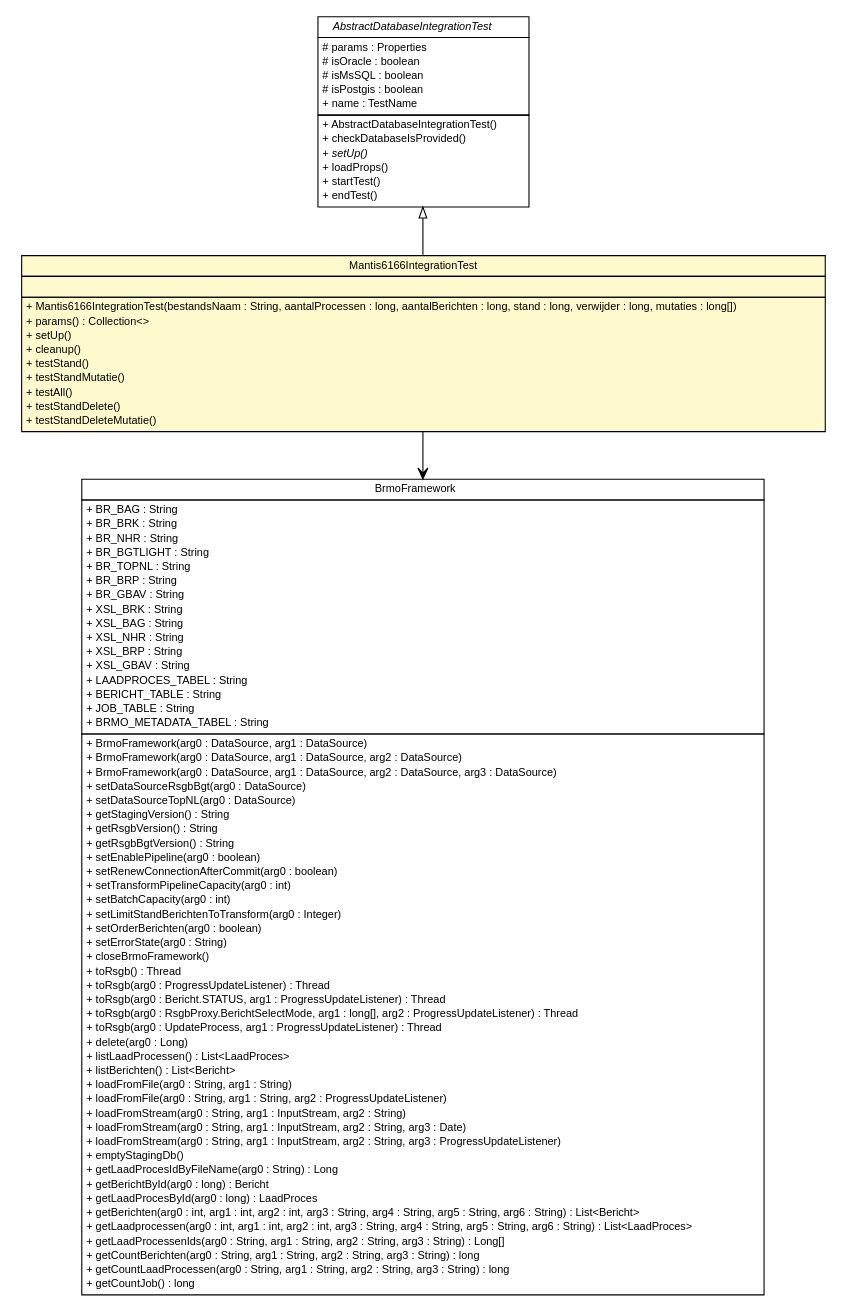
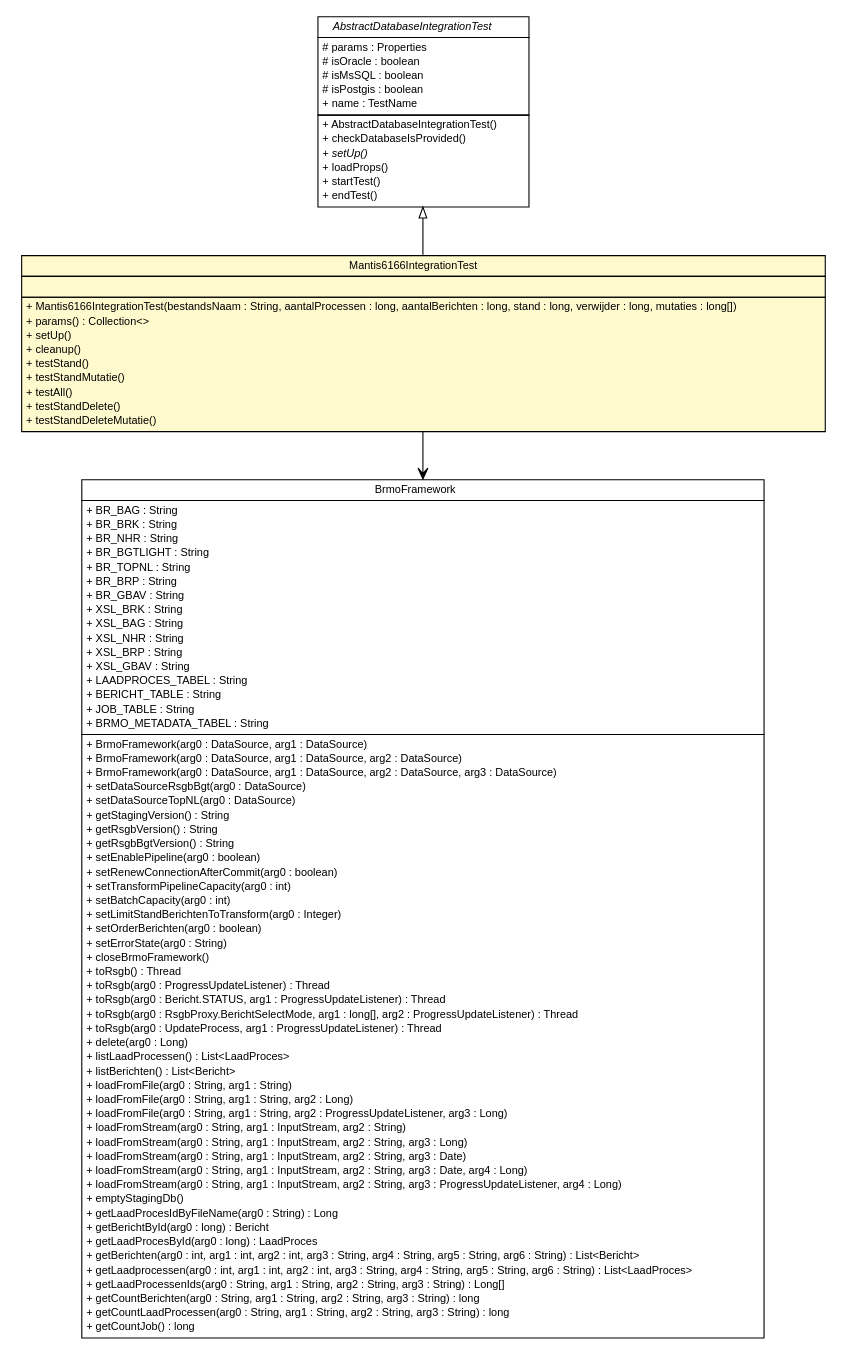
The diagram in brmo-loader/testapidocs/nl/b3p/Mantis6166IntegrationTest.dot (B3Partners/brmo), drawn with Graphviz before and after one commit. The commit also changed 4551 other files, not shown here.

```diff
--- a/brmo-loader/testapidocs/nl/b3p/Mantis6166IntegrationTest.dot
+++ b/brmo-loader/testapidocs/nl/b3p/Mantis6166IntegrationTest.dot
@@ -1,122 +1,125 @@
 #!/usr/local/bin/dot
 #
 # Class diagram 
 # Generated by UMLGraph version R5_6-24-gf6e263 (http://www.umlgraph.org/)
 #
 
 digraph G {
 	edge [fontname="Helvetica",fontsize=10,labelfontname="Helvetica",labelfontsize=10];
 	node [fontname="Helvetica",fontsize=10,shape=plaintext];
 	nodesep=0.25;
 	ranksep=0.5;
 	// nl.b3p.Mantis6166IntegrationTest
-	c774 [label=<<table title="nl.b3p.Mantis6166IntegrationTest" border="0" cellborder="1" cellspacing="0" cellpadding="2" port="p" bgcolor="lemonChiffon" href="./Mantis6166IntegrationTest.html">
+	c830 [label=<<table title="nl.b3p.Mantis6166IntegrationTest" border="0" cellborder="1" cellspacing="0" cellpadding="2" port="p" bgcolor="lemonChiffon" href="./Mantis6166IntegrationTest.html">
 		<tr><td><table border="0" cellspacing="0" cellpadding="1">
 <tr><td align="center" balign="center"> Mantis6166IntegrationTest </td></tr>
 		</table></td></tr>
 		<tr><td><table border="0" cellspacing="0" cellpadding="1">
 <tr><td align="left" balign="left">  </td></tr>
 		</table></td></tr>
 		<tr><td><table border="0" cellspacing="0" cellpadding="1">
 <tr><td align="left" balign="left"> + Mantis6166IntegrationTest(bestandsNaam : String, aantalProcessen : long, aantalBerichten : long, stand : long, verwijder : long, mutaties : long[]) </td></tr>
 <tr><td align="left" balign="left"> + params() : Collection&lt;&gt; </td></tr>
 <tr><td align="left" balign="left"> + setUp() </td></tr>
 <tr><td align="left" balign="left"> + cleanup() </td></tr>
 <tr><td align="left" balign="left"> + testStand() </td></tr>
 <tr><td align="left" balign="left"> + testStandMutatie() </td></tr>
 <tr><td align="left" balign="left"> + testAll() </td></tr>
 <tr><td align="left" balign="left"> + testStandDelete() </td></tr>
 <tr><td align="left" balign="left"> + testStandDeleteMutatie() </td></tr>
 		</table></td></tr>
 		</table>>, URL="./Mantis6166IntegrationTest.html", fontname="Helvetica", fontcolor="black", fontsize=10.0];
 	// nl.b3p.AbstractDatabaseIntegrationTest
-	c776 [label=<<table title="nl.b3p.AbstractDatabaseIntegrationTest" border="0" cellborder="1" cellspacing="0" cellpadding="2" port="p" href="./AbstractDatabaseIntegrationTest.html">
+	c832 [label=<<table title="nl.b3p.AbstractDatabaseIntegrationTest" border="0" cellborder="1" cellspacing="0" cellpadding="2" port="p" href="./AbstractDatabaseIntegrationTest.html">
 		<tr><td><table border="0" cellspacing="0" cellpadding="1">
 <tr><td align="center" balign="center"><font face="Helvetica-Oblique"> AbstractDatabaseIntegrationTest </font></td></tr>
 		</table></td></tr>
 		<tr><td><table border="0" cellspacing="0" cellpadding="1">
 <tr><td align="left" balign="left"> # params : Properties </td></tr>
 <tr><td align="left" balign="left"> # isOracle : boolean </td></tr>
 <tr><td align="left" balign="left"> # isMsSQL : boolean </td></tr>
 <tr><td align="left" balign="left"> # isPostgis : boolean </td></tr>
 <tr><td align="left" balign="left"> + name : TestName </td></tr>
 		</table></td></tr>
 		<tr><td><table border="0" cellspacing="0" cellpadding="1">
 <tr><td align="left" balign="left"> + AbstractDatabaseIntegrationTest() </td></tr>
 <tr><td align="left" balign="left"> + checkDatabaseIsProvided() </td></tr>
 <tr><td align="left" balign="left"><font face="Helvetica-Oblique" point-size="10.0"> + setUp() </font></td></tr>
 <tr><td align="left" balign="left"> + loadProps() </td></tr>
 <tr><td align="left" balign="left"> + startTest() </td></tr>
 <tr><td align="left" balign="left"> + endTest() </td></tr>
 		</table></td></tr>
 		</table>>, URL="./AbstractDatabaseIntegrationTest.html", fontname="Helvetica", fontcolor="black", fontsize=10.0];
 	//nl.b3p.Mantis6166IntegrationTest extends nl.b3p.AbstractDatabaseIntegrationTest
-	c776:p -> c774:p [dir=back,arrowtail=empty];
+	c832:p -> c830:p [dir=back,arrowtail=empty];
 	// nl.b3p.Mantis6166IntegrationTest NAVASSOC nl.b3p.brmo.loader.BrmoFramework
-	c774:p -> c789:p [taillabel="", label="", headlabel="", fontname="Helvetica", fontcolor="black", fontsize=10.0, color="black", arrowhead=open];
+	c830:p -> c846:p [taillabel="", label="", headlabel="", fontname="Helvetica", fontcolor="black", fontsize=10.0, color="black", arrowhead=open];
 	// nl.b3p.brmo.loader.BrmoFramework
-	c789 [label=<<table title="nl.b3p.brmo.loader.BrmoFramework" border="0" cellborder="1" cellspacing="0" cellpadding="2" port="p" href="http://java.sun.com/j2se/1.4.2/docs/api/nl/b3p/brmo/loader/BrmoFramework.html">
+	c846 [label=<<table title="nl.b3p.brmo.loader.BrmoFramework" border="0" cellborder="1" cellspacing="0" cellpadding="2" port="p">
 		<tr><td><table border="0" cellspacing="0" cellpadding="1">
 <tr><td align="center" balign="center"> BrmoFramework </td></tr>
 		</table></td></tr>
 		<tr><td><table border="0" cellspacing="0" cellpadding="1">
 <tr><td align="left" balign="left"> + BR_BAG : String </td></tr>
 <tr><td align="left" balign="left"> + BR_BRK : String </td></tr>
 <tr><td align="left" balign="left"> + BR_NHR : String </td></tr>
 <tr><td align="left" balign="left"> + BR_BGTLIGHT : String </td></tr>
 <tr><td align="left" balign="left"> + BR_TOPNL : String </td></tr>
 <tr><td align="left" balign="left"> + BR_BRP : String </td></tr>
 <tr><td align="left" balign="left"> + BR_GBAV : String </td></tr>
 <tr><td align="left" balign="left"> + XSL_BRK : String </td></tr>
 <tr><td align="left" balign="left"> + XSL_BAG : String </td></tr>
 <tr><td align="left" balign="left"> + XSL_NHR : String </td></tr>
 <tr><td align="left" balign="left"> + XSL_BRP : String </td></tr>
 <tr><td align="left" balign="left"> + XSL_GBAV : String </td></tr>
 <tr><td align="left" balign="left"> + LAADPROCES_TABEL : String </td></tr>
 <tr><td align="left" balign="left"> + BERICHT_TABLE : String </td></tr>
 <tr><td align="left" balign="left"> + JOB_TABLE : String </td></tr>
 <tr><td align="left" balign="left"> + BRMO_METADATA_TABEL : String </td></tr>
 		</table></td></tr>
 		<tr><td><table border="0" cellspacing="0" cellpadding="1">
 <tr><td align="left" balign="left"> + BrmoFramework(arg0 : DataSource, arg1 : DataSource) </td></tr>
 <tr><td align="left" balign="left"> + BrmoFramework(arg0 : DataSource, arg1 : DataSource, arg2 : DataSource) </td></tr>
 <tr><td align="left" balign="left"> + BrmoFramework(arg0 : DataSource, arg1 : DataSource, arg2 : DataSource, arg3 : DataSource) </td></tr>
 <tr><td align="left" balign="left"> + setDataSourceRsgbBgt(arg0 : DataSource) </td></tr>
 <tr><td align="left" balign="left"> + setDataSourceTopNL(arg0 : DataSource) </td></tr>
 <tr><td align="left" balign="left"> + getStagingVersion() : String </td></tr>
 <tr><td align="left" balign="left"> + getRsgbVersion() : String </td></tr>
 <tr><td align="left" balign="left"> + getRsgbBgtVersion() : String </td></tr>
 <tr><td align="left" balign="left"> + setEnablePipeline(arg0 : boolean) </td></tr>
 <tr><td align="left" balign="left"> + setRenewConnectionAfterCommit(arg0 : boolean) </td></tr>
 <tr><td align="left" balign="left"> + setTransformPipelineCapacity(arg0 : int) </td></tr>
 <tr><td align="left" balign="left"> + setBatchCapacity(arg0 : int) </td></tr>
 <tr><td align="left" balign="left"> + setLimitStandBerichtenToTransform(arg0 : Integer) </td></tr>
 <tr><td align="left" balign="left"> + setOrderBerichten(arg0 : boolean) </td></tr>
 <tr><td align="left" balign="left"> + setErrorState(arg0 : String) </td></tr>
 <tr><td align="left" balign="left"> + closeBrmoFramework() </td></tr>
 <tr><td align="left" balign="left"> + toRsgb() : Thread </td></tr>
 <tr><td align="left" balign="left"> + toRsgb(arg0 : ProgressUpdateListener) : Thread </td></tr>
 <tr><td align="left" balign="left"> + toRsgb(arg0 : Bericht.STATUS, arg1 : ProgressUpdateListener) : Thread </td></tr>
 <tr><td align="left" balign="left"> + toRsgb(arg0 : RsgbProxy.BerichtSelectMode, arg1 : long[], arg2 : ProgressUpdateListener) : Thread </td></tr>
 <tr><td align="left" balign="left"> + toRsgb(arg0 : UpdateProcess, arg1 : ProgressUpdateListener) : Thread </td></tr>
 <tr><td align="left" balign="left"> + delete(arg0 : Long) </td></tr>
 <tr><td align="left" balign="left"> + listLaadProcessen() : List&lt;LaadProces&gt; </td></tr>
 <tr><td align="left" balign="left"> + listBerichten() : List&lt;Bericht&gt; </td></tr>
 <tr><td align="left" balign="left"> + loadFromFile(arg0 : String, arg1 : String) </td></tr>
-<tr><td align="left" balign="left"> + loadFromFile(arg0 : String, arg1 : String, arg2 : ProgressUpdateListener) </td></tr>
+<tr><td align="left" balign="left"> + loadFromFile(arg0 : String, arg1 : String, arg2 : Long) </td></tr>
+<tr><td align="left" balign="left"> + loadFromFile(arg0 : String, arg1 : String, arg2 : ProgressUpdateListener, arg3 : Long) </td></tr>
 <tr><td align="left" balign="left"> + loadFromStream(arg0 : String, arg1 : InputStream, arg2 : String) </td></tr>
+<tr><td align="left" balign="left"> + loadFromStream(arg0 : String, arg1 : InputStream, arg2 : String, arg3 : Long) </td></tr>
 <tr><td align="left" balign="left"> + loadFromStream(arg0 : String, arg1 : InputStream, arg2 : String, arg3 : Date) </td></tr>
-<tr><td align="left" balign="left"> + loadFromStream(arg0 : String, arg1 : InputStream, arg2 : String, arg3 : ProgressUpdateListener) </td></tr>
+<tr><td align="left" balign="left"> + loadFromStream(arg0 : String, arg1 : InputStream, arg2 : String, arg3 : Date, arg4 : Long) </td></tr>
+<tr><td align="left" balign="left"> + loadFromStream(arg0 : String, arg1 : InputStream, arg2 : String, arg3 : ProgressUpdateListener, arg4 : Long) </td></tr>
 <tr><td align="left" balign="left"> + emptyStagingDb() </td></tr>
 <tr><td align="left" balign="left"> + getLaadProcesIdByFileName(arg0 : String) : Long </td></tr>
 <tr><td align="left" balign="left"> + getBerichtById(arg0 : long) : Bericht </td></tr>
 <tr><td align="left" balign="left"> + getLaadProcesById(arg0 : long) : LaadProces </td></tr>
 <tr><td align="left" balign="left"> + getBerichten(arg0 : int, arg1 : int, arg2 : int, arg3 : String, arg4 : String, arg5 : String, arg6 : String) : List&lt;Bericht&gt; </td></tr>
 <tr><td align="left" balign="left"> + getLaadprocessen(arg0 : int, arg1 : int, arg2 : int, arg3 : String, arg4 : String, arg5 : String, arg6 : String) : List&lt;LaadProces&gt; </td></tr>
 <tr><td align="left" balign="left"> + getLaadProcessenIds(arg0 : String, arg1 : String, arg2 : String, arg3 : String) : Long[] </td></tr>
 <tr><td align="left" balign="left"> + getCountBerichten(arg0 : String, arg1 : String, arg2 : String, arg3 : String) : long </td></tr>
 <tr><td align="left" balign="left"> + getCountLaadProcessen(arg0 : String, arg1 : String, arg2 : String, arg3 : String) : long </td></tr>
 <tr><td align="left" balign="left"> + getCountJob() : long </td></tr>
 		</table></td></tr>
-		</table>>, URL="http://java.sun.com/j2se/1.4.2/docs/api/nl/b3p/brmo/loader/BrmoFramework.html", fontname="Helvetica", fontcolor="black", fontsize=10.0];
+		</table>>, URL="null", fontname="Helvetica", fontcolor="black", fontsize=10.0];
 }
```
